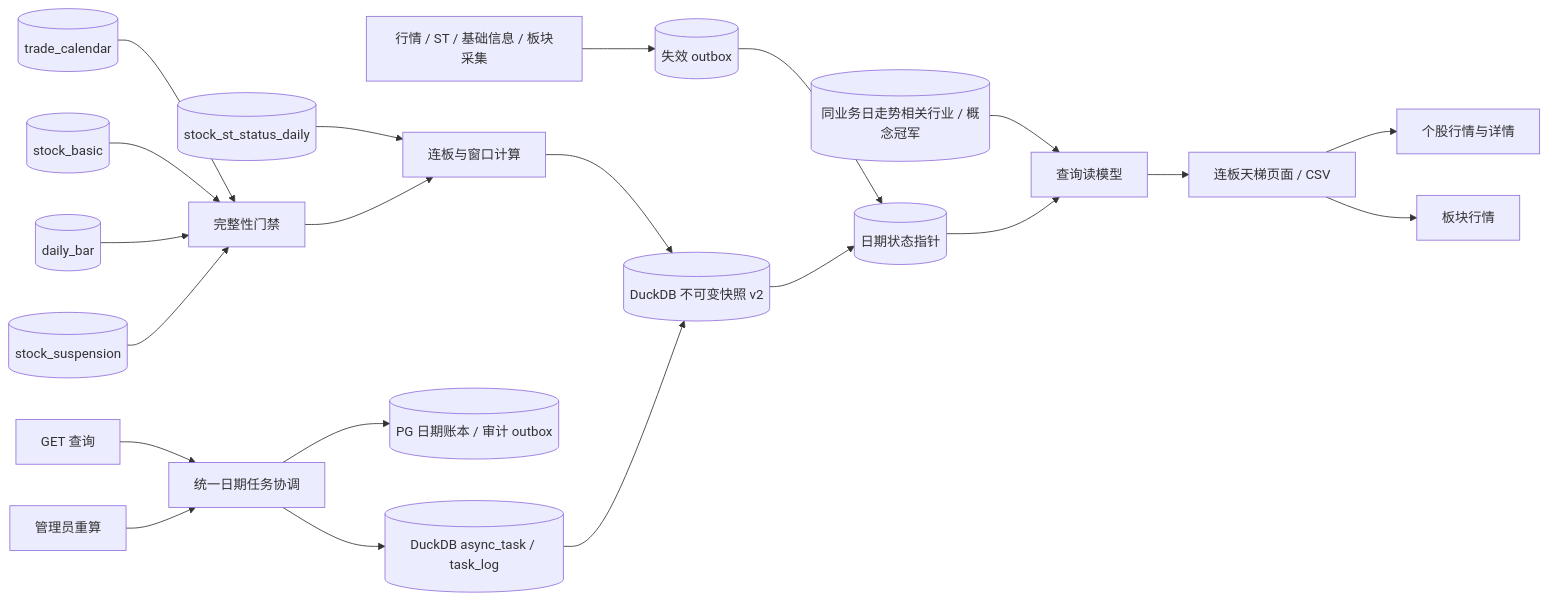
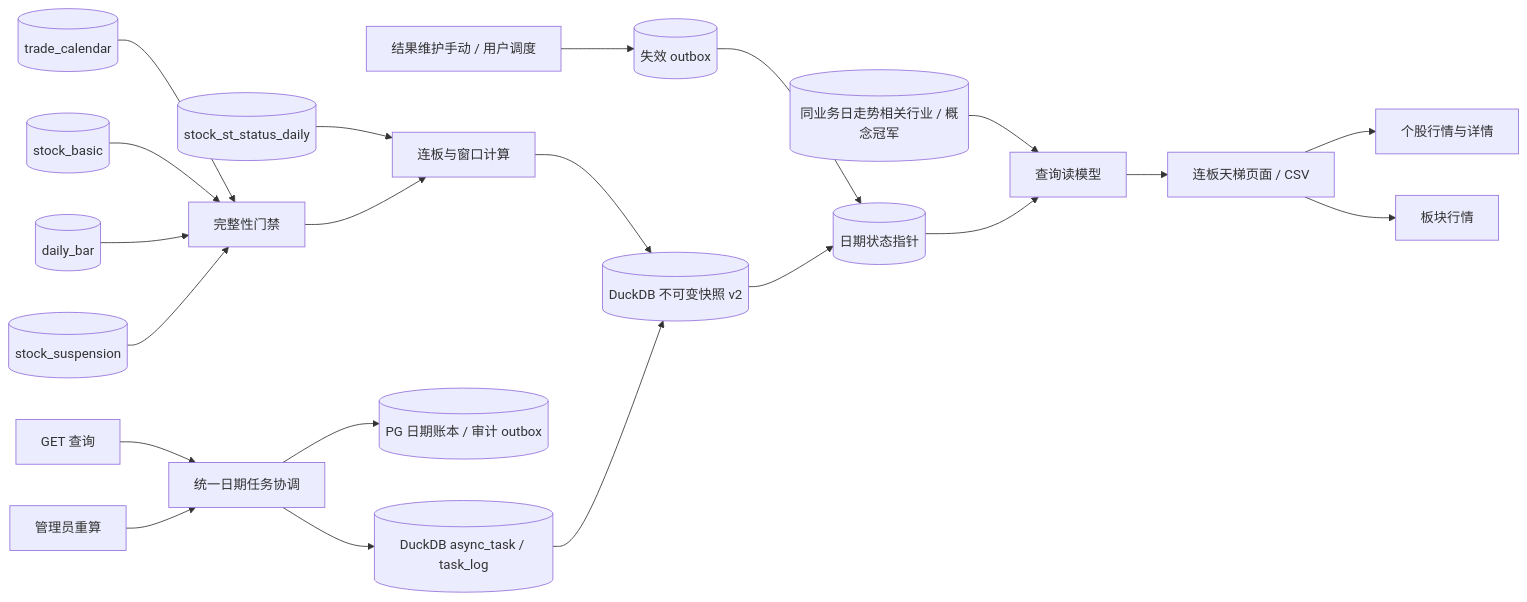
One commit to fulin-peng-ydxs/ai-stocks changed the diagram in agent-works/architecture/limit-ladder.md. Above: the diagram before and after it, drawn with Mermaid. The commit also changed other lines of this file and 53 other files, not shown here.

````diff
--- a/agent-works/architecture/limit-ladder.md
+++ b/agent-works/architecture/limit-ladder.md
@@ -26,23 +26,23 @@
 ```mermaid
 flowchart LR
   CAL[(trade_calendar)] --> GATE[完整性门禁]
   BASIC[(stock_basic)] --> GATE
   BAR[(daily_bar)] --> GATE
   SUSP[(stock_suspension)] --> GATE
   ST[(stock_st_status_daily)] --> CALC[连板与窗口计算]
   GATE --> CALC
   CALC --> SNAP[(DuckDB 不可变快照 v2)]
-  INGEST[行情 / ST / 基础信息 / 板块采集] --> INV[(失效 outbox)]
+  MAINT[结果维护手动 / 用户调度] --> INV[(失效 outbox)]
   INV --> STATE[(日期状态指针)]
   SNAP --> STATE
   GET[GET 查询] --> COORD[统一日期任务协调]
   ADMIN[管理员重算] --> COORD
   COORD --> LEDGER[(PG 日期账本 / 审计 outbox)]
   COORD --> TASK[(DuckDB async_task / task_log)]
   TASK --> SNAP
   CORR[(同业务日走势相关行业 / 概念冠军)] --> QUERY[查询读模型]
   STATE --> QUERY
   QUERY --> PAGE[连板天梯页面 / CSV]
   PAGE --> STOCK[个股行情与详情]
   PAGE --> SECTOR[板块行情]
 ```
````
